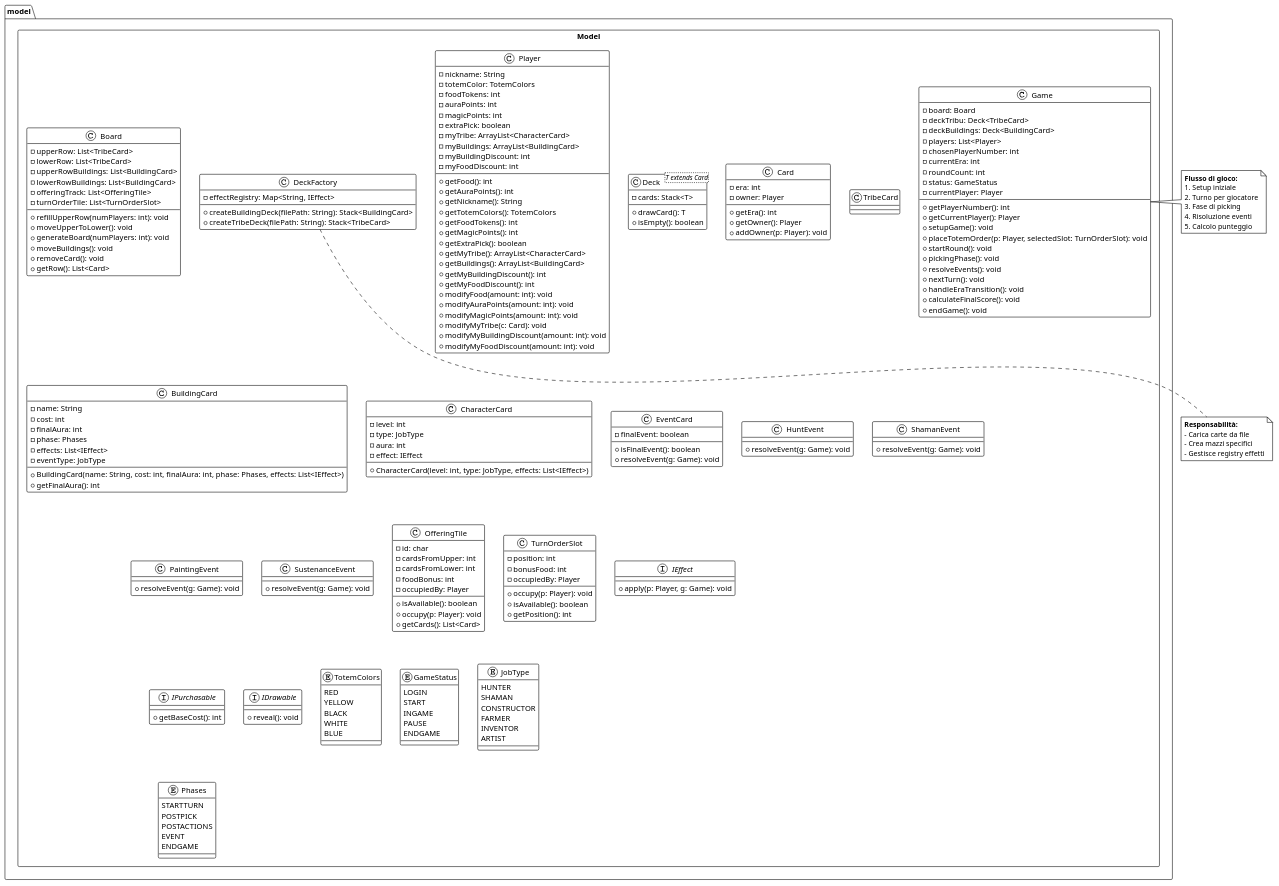
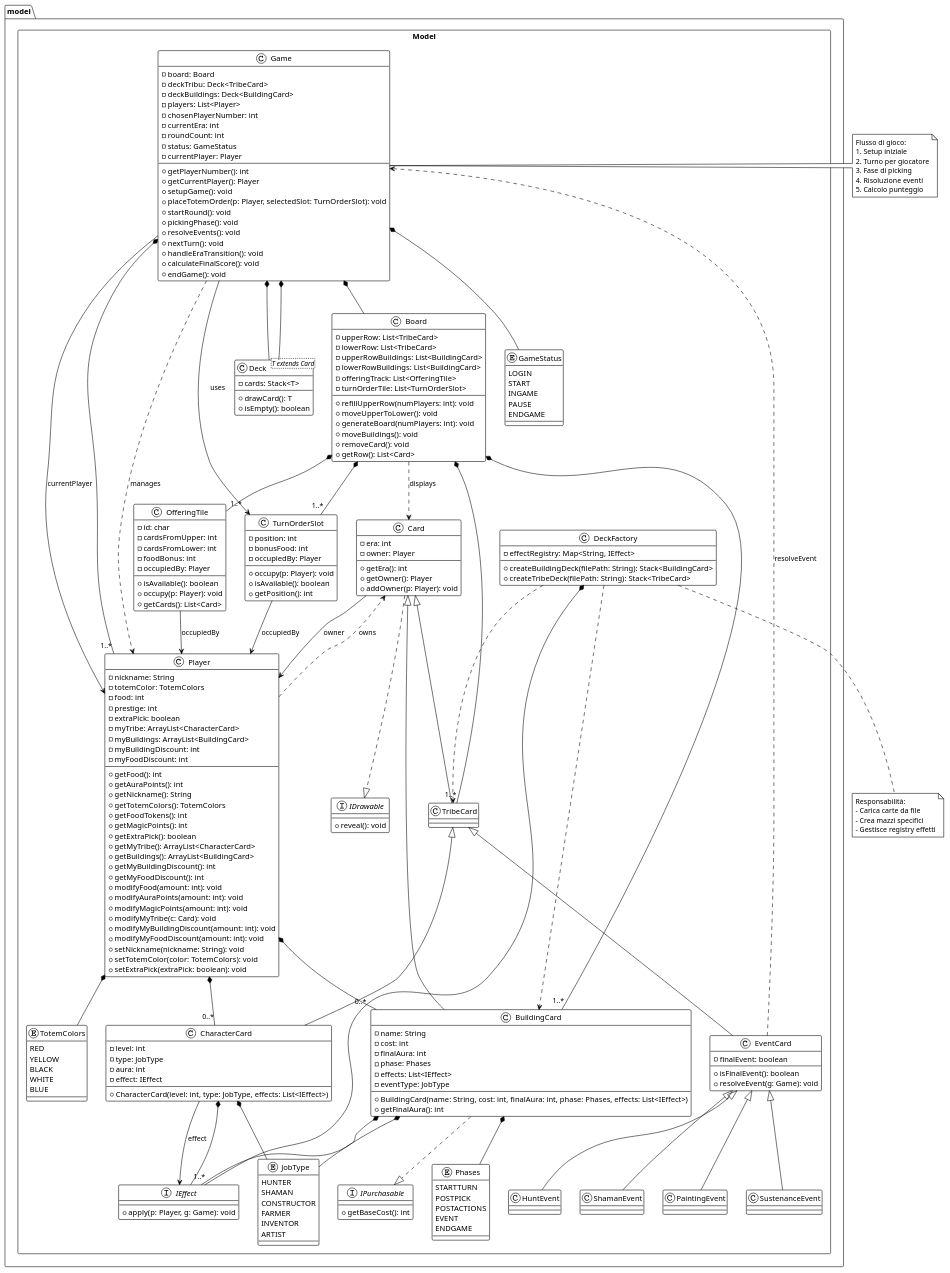
The diagram in model.puml (nutriandrea/MESOS-IS26-AM54), drawn with PlantUML before and after one commit. The commit also changed 1 other file, not shown here.

```diff
--- a/model.puml
+++ b/model.puml
@@ -2,261 +2,260 @@
 !theme plain
 
 package "model.Model" <<Rectangle>> {
-  class Game {
-    - board: Board
-    - deckTribu: Deck<TribeCard>
-    - deckBuildings: Deck<BuildingCard>
-    - players: List<Player>
-    - chosenPlayerNumber: int
-    - currentEra: int
-    - roundCount: int
-    - status: GameStatus
-    - currentPlayer: Player
-    + getPlayerNumber(): int
-    + getCurrentPlayer(): Player
-    + setupGame(): void
-    + placeTotemOrder(p: Player, selectedSlot: TurnOrderSlot): void
-    + startRound(): void
-    + pickingPhase(): void
-    + resolveEvents(): void
-    + nextTurn(): void
-    + handleEraTransition(): void
-    + calculateFinalScore(): void
-    + endGame(): void
-  }
 
-  class Board {
-    - upperRow: List<TribeCard>
-    - lowerRow: List<TribeCard>
-    - upperRowBuildings: List<BuildingCard>
-    - lowerRowBuildings: List<BuildingCard>
-    - offeringTrack: List<OfferingTile>
-    - turnOrderTile: List<TurnOrderSlot>
-    + refillUpperRow(numPlayers: int): void
-    + moveUpperToLower(): void
-    + generateBoard(numPlayers: int): void
-    + moveBuildings(): void
-    + removeCard(): void
-    + getRow(): List<Card>
-  }
-
-  class Player {
-    - nickname: String
-    - totemColor: TotemColors
-    - foodTokens: int
-    - auraPoints: int
-    - magicPoints: int
-    - extraPick: boolean
-    - myTribe: ArrayList<CharacterCard>
-    - myBuildings: ArrayList<BuildingCard>
-    - myBuildingDiscount: int
-    - myFoodDiscount: int
-    + getFood(): int
-    + getAuraPoints(): int
-    + getNickname(): String
-    + getTotemColors(): TotemColors
-    + getFoodTokens(): int
-    + getMagicPoints(): int
-    + getExtraPick(): boolean
-    + getMyTribe(): ArrayList<CharacterCard>
-    + getBuildings(): ArrayList<BuildingCard>
-    + getMyBuildingDiscount(): int
-    + getMyFoodDiscount(): int
-    + modifyFood(amount: int): void
-    + modifyAuraPoints(amount: int): void
-    + modifyMagicPoints(amount: int): void
-    + modifyMyTribe(c: Card): void
-    + modifyMyBuildingDiscount(amount: int): void
-    + modifyMyFoodDiscount(amount: int): void
-  }
-
-  class Deck<T extends Card> {
-    - cards: Stack<T>
-    + drawCard(): T
-    + isEmpty(): boolean
-  }
-
-  class Card {
-    - era: int
-    - owner: Player
-    + getEra(): int
-    + getOwner(): Player
-    + addOwner(p: Player): void
-  }
-
-  class TribeCard {
-  }
-
-  class BuildingCard {
-    - name: String
-    - cost: int
-    - finalAura: int
-    - phase: Phases
-    - effects: List<IEffect>
-    - eventType: JobType
-    + BuildingCard(name: String, cost: int, finalAura: int, phase: Phases, effects: List<IEffect>)
-    + getFinalAura(): int
-  }
-
-  class CharacterCard {
-    - level: int
-    - type: JobType
-    - aura: int
-    - effect: IEffect
-    + CharacterCard(level: int, type: JobType, effects: List<IEffect>)
-  }
-
-  class EventCard {
-    - finalEvent: boolean
-    + isFinalEvent(): boolean
-    + resolveEvent(g: Game): void
-  }
-
-  class HuntEvent {
-    + resolveEvent(g: Game): void
-  }
-
-  class ShamanEvent {
-    + resolveEvent(g: Game): void
-  }
-
-  class PaintingEvent {
-    + resolveEvent(g: Game): void
-  }
-
-  class SustenanceEvent {
-    + resolveEvent(g: Game): void
-  }
-
-  class OfferingTile {
-    - id: char
-    - cardsFromUpper: int
-    - cardsFromLower: int
-    - foodBonus: int
-    - occupiedBy: Player
-    + isAvailable(): boolean
-    + occupy(p: Player): void
-    + getCards(): List<Card>
-  }
-
-  class TurnOrderSlot {
-    - position: int
-    - bonusFood: int
-    - occupiedBy: Player
-    + occupy(p: Player): void
-    + isAvailable(): boolean
-    + getPosition(): int
-  }
-
-  class DeckFactory {
-    - effectRegistry: Map<String, IEffect>
-    + createBuildingDeck(filePath: String): Stack<BuildingCard>
-    + createTribeDeck(filePath: String): Stack<TribeCard>
-  }
-
-  interface IEffect {
-    + apply(p: Player, g: Game): void
-  }
-
-  interface IPurchasable {
-    + getBaseCost(): int
-  }
-
-  interface IDrawable {
-    + reveal(): void
-  }
-
-  enum TotemColors {
-    RED
-    YELLOW
-    BLACK
-    WHITE
-    BLUE
-  }
-
-  enum GameStatus {
-    LOGIN
-    START
-    INGAME
-    PAUSE
-    ENDGAME
-  }
-
-  enum JobType {
-    HUNTER
-    SHAMAN
-    CONSTRUCTOR
-    FARMER
-    INVENTOR
-    ARTIST
-  }
-
-  enum Phases {
-    STARTTURN
-    POSTPICK
-    POSTACTIONS
-    EVENT
-    ENDGAME
-  }
+class Game {
+  - board: Board
+  - deckTribu: Deck<TribeCard>
+  - deckBuildings: Deck<BuildingCard>
+  - players: List<Player>
+  - chosenPlayerNumber: int
+  - currentEra: int
+  - roundCount: int
+  - status: GameStatus
+  - currentPlayer: Player
+  + getPlayerNumber(): int
+  + getCurrentPlayer(): Player
+  + setupGame(): void
+  + placeTotemOrder(p: Player, selectedSlot: TurnOrderSlot): void
+  + startRound(): void
+  + pickingPhase(): void
+  + resolveEvents(): void
+  + nextTurn(): void
+  + handleEraTransition(): void
+  + calculateFinalScore(): void
+  + endGame(): void
 }
 
-'Game' *-- 'Board' : 1
-'Game' *-- 'Deck<TribeCard>' : 1
-'Game' *-- 'Deck<BuildingCard>' : 1
-'Game' *-- 'List<Player>' : 1..*
-'Game' *-- 'GameStatus' : 1
+class Board {
+  - upperRow: List<TribeCard>
+  - lowerRow: List<TribeCard>
+  - upperRowBuildings: List<BuildingCard>
+  - lowerRowBuildings: List<BuildingCard>
+  - offeringTrack: List<OfferingTile>
+  - turnOrderTile: List<TurnOrderSlot>
+  + refillUpperRow(numPlayers: int): void
+  + moveUpperToLower(): void
+  + generateBoard(numPlayers: int): void
+  + moveBuildings(): void
+  + removeCard(): void
+  + getRow(): List<Card>
+}
 
-'Board' *-- 'List<TribeCard>' : 1..*
-'Board' *-- 'List<BuildingCard>' : 1..*
-'Board' *-- 'List<OfferingTile>' : 1..*
-'Board' *-- 'List<TurnOrderSlot>' : 1..*
+class Player {
+  - nickname: String
+  - totemColor: TotemColors
+  - food: int
+  - prestige: int
+  - extraPick: boolean
+  - myTribe: ArrayList<CharacterCard>
+  - myBuildings: ArrayList<BuildingCard>
+  - myBuildingDiscount: int
+  - myFoodDiscount: int
+  + getFood(): int
+  + getAuraPoints(): int
+  + getNickname(): String
+  + getTotemColors(): TotemColors
+  + getFoodTokens(): int
+  + getMagicPoints(): int
+  + getExtraPick(): boolean
+  + getMyTribe(): ArrayList<CharacterCard>
+  + getBuildings(): ArrayList<BuildingCard>
+  + getMyBuildingDiscount(): int
+  + getMyFoodDiscount(): int
+  + modifyFood(amount: int): void
+  + modifyAuraPoints(amount: int): void
+  + modifyMagicPoints(amount: int): void
+  + modifyMyTribe(c: Card): void
+  + modifyMyBuildingDiscount(amount: int): void
+  + modifyMyFoodDiscount(amount: int): void
+  + setNickname(nickname: String): void
+  + setTotemColor(color: TotemColors): void
+  + setExtraPick(extraPick: boolean): void
+}
 
-'Player' *-- 'TotemColors' : 1
-'Player' *-- 'List<CharacterCard>' : 0..*
-'Player' *-- 'List<BuildingCard>' : 0..*
+class Deck<T extends Card> {
+  - cards: Stack<T>
+  + drawCard(): T
+  + isEmpty(): boolean
+}
 
-'Deck' <|-- 'Deck<TribeCard>'
-'Deck' <|-- 'Deck<BuildingCard>'
+class Card {
+  - era: int
+  - owner: Player
+  + getEra(): int
+  + getOwner(): Player
+  + addOwner(p: Player): void
+}
 
-'Card' <|-- 'TribeCard'
-'Card' <|-- 'BuildingCard'
+class TribeCard
+class BuildingCard {
+  - name: String
+  - cost: int
+  - finalAura: int
+  - phase: Phases
+  - effects: List<IEffect>
+  - eventType: JobType
+  + BuildingCard(name: String, cost: int, finalAura: int, phase: Phases, effects: List<IEffect>)
+  + getFinalAura(): int
+}
 
-'TribeCard' <|-- 'CharacterCard'
-'TribeCard' <|-- 'EventCard'
+class CharacterCard {
+  - level: int
+  - type: JobType
+  - aura: int
+  - effect: IEffect
+  + CharacterCard(level: int, type: JobType, effects: List<IEffect>)
+}
 
-'EventCard' <|-- 'HuntEvent'
-'EventCard' <|-- 'ShamanEvent'
-'EventCard' <|-- 'PaintingEvent'
-'EventCard' <|-- 'SustenanceEvent'
+class EventCard {
+  - finalEvent: boolean
+  + isFinalEvent(): boolean
+  + resolveEvent(g: Game): void
+}
 
-'BuildingCard' ..|> 'IPurchasable'
-'Card' ..|> 'IDrawable'
+class HuntEvent
+class ShamanEvent
+class PaintingEvent
+class SustenanceEvent
 
-'CharacterCard' *-- 'IEffect' : 1
-'BuildingCard' *-- 'List<IEffect>' : 1..*
+class OfferingTile {
+  - id: char
+  - cardsFromUpper: int
+  - cardsFromLower: int
+  - foodBonus: int
+  - occupiedBy: Player
+  + isAvailable(): boolean
+  + occupy(p: Player): void
+  + getCards(): List<Card>
+}
 
-'DeckFactory' ..> 'BuildingCard'
-'DeckFactory' ..> 'TribeCard'
-'DeckFactory' *-- 'Map<String, IEffect>' : 1
+class TurnOrderSlot {
+  - position: int
+  - bonusFood: int
+  - occupiedBy: Player
+  + occupy(p: Player): void
+  + isAvailable(): boolean
+  + getPosition(): int
+}
 
-'Game' ..> 'Player' : manages
-'Player' ..> 'Card' : owns
-'Board' ..> 'Card' : displays
+class DeckFactory {
+  - effectRegistry: Map<String, IEffect>
+  + createBuildingDeck(filePath: String): Stack<BuildingCard>
+  + createTribeDeck(filePath: String): Stack<TribeCard>
+}
+
+interface IEffect {
+  + apply(p: Player, g: Game): void
+}
+
+interface IPurchasable {
+  + getBaseCost(): int
+}
+
+interface IDrawable {
+  + reveal(): void
+}
+
+enum TotemColors {
+  RED
+  YELLOW
+  BLACK
+  WHITE
+  BLUE
+}
+
+enum GameStatus {
+  LOGIN
+  START
+  INGAME
+  PAUSE
+  ENDGAME
+}
+
+enum JobType {
+  HUNTER
+  SHAMAN
+  CONSTRUCTOR
+  FARMER
+  INVENTOR
+  ARTIST
+}
+
+enum Phases {
+  STARTTURN
+  POSTPICK
+  POSTACTIONS
+  EVENT
+  ENDGAME
+}
+
+}
+
+Game *-- Board
+Game *-- Deck
+Game *-- Deck
+Game *-- "1..*" Player
+Game *-- GameStatus
+
+Board *-- "1..*" TribeCard
+Board *-- "1..*" BuildingCard
+Board *-- "1..*" OfferingTile
+Board *-- "1..*" TurnOrderSlot
+
+Player *-- TotemColors
+Player *-- "0..*" CharacterCard
+Player *-- "0..*" BuildingCard
+
+Card <|-- TribeCard
+Card <|-- BuildingCard
+
+TribeCard <|-- CharacterCard
+TribeCard <|-- EventCard
+
+EventCard <|-- HuntEvent
+EventCard <|-- ShamanEvent
+EventCard <|-- PaintingEvent
+EventCard <|-- SustenanceEvent
+
+BuildingCard ..|> IPurchasable
+Card ..|> IDrawable
+
+CharacterCard *-- IEffect
+BuildingCard *-- "1..*" IEffect
+BuildingCard *-- Phases
+BuildingCard *-- JobType
+CharacterCard *-- JobType
+
+
+DeckFactory ..> BuildingCard
+DeckFactory ..> TribeCard
+DeckFactory *-- IEffect
+
+Game ..> Player : manages
+Game --> TurnOrderSlot : uses
+Player ..> Card : owns
+Board ..> Card : displays
+OfferingTile --> Player : occupiedBy
+TurnOrderSlot --> Player : occupiedBy
+Card --> Player : owner
+Game --> Player : currentPlayer
+CharacterCard --> IEffect : effect
+EventCard ..> Game : resolveEvent
 
 note right of Game
-  **Flusso di gioco:**
-  1. Setup iniziale
-  2. Turno per giocatore
-  3. Fase di picking
-  4. Risoluzione eventi
-  5. Calcolo punteggio
+Flusso di gioco:
+1. Setup iniziale
+2. Turno per giocatore
+3. Fase di picking
+4. Risoluzione eventi
+5. Calcolo punteggio
 end note
 
 note bottom of DeckFactory
-  **Responsabilità:**
-  - Carica carte da file
-  - Crea mazzi specifici
-  - Gestisce registry effetti
+Responsabilità:
+- Carica carte da file
+- Crea mazzi specifici
+- Gestisce registry effetti
 end note
 
 @enduml
```
